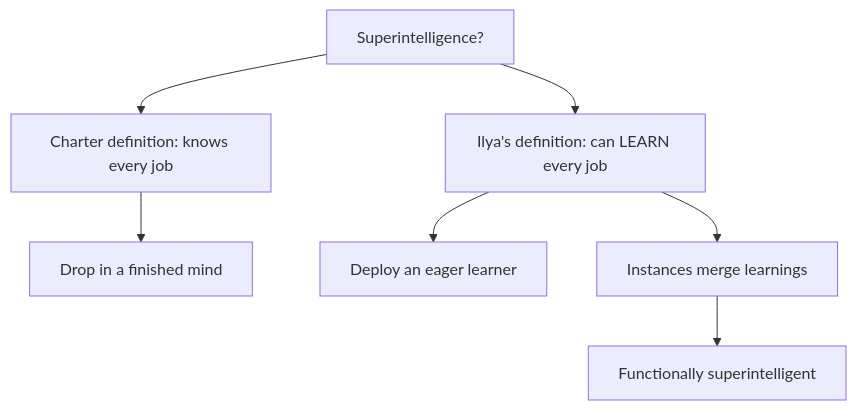
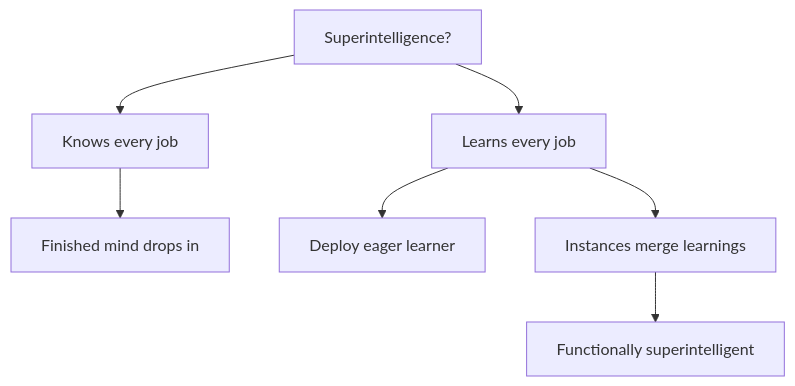
Before and after one commit to jrajath94/ai-podcast-curriculum: the diagram in content/tracks/dwarkesh-patel/ep02.md, drawn with Mermaid. The commit also changed other lines of this file, not shown here.

````diff
--- a/content/tracks/dwarkesh-patel/ep02.md
+++ b/content/tracks/dwarkesh-patel/ep02.md
@@ -115,9 +133,9 @@
 ```mermaid
 graph TD
-    A[Superintelligence?] --> B[Charter definition: knows every job]
-    A --> C[Ilya's definition: can LEARN every job]
-    B --> D[Drop in a finished mind]
-    C --> E[Deploy an eager learner]
+    A[Superintelligence?] --> B[Knows every job]
+    A --> C[Learns every job]
+    B --> D[Finished mind drops in]
+    C --> E[Deploy eager learner]
     C --> F[Instances merge learnings]
     F --> G[Functionally superintelligent]
 ```
````
